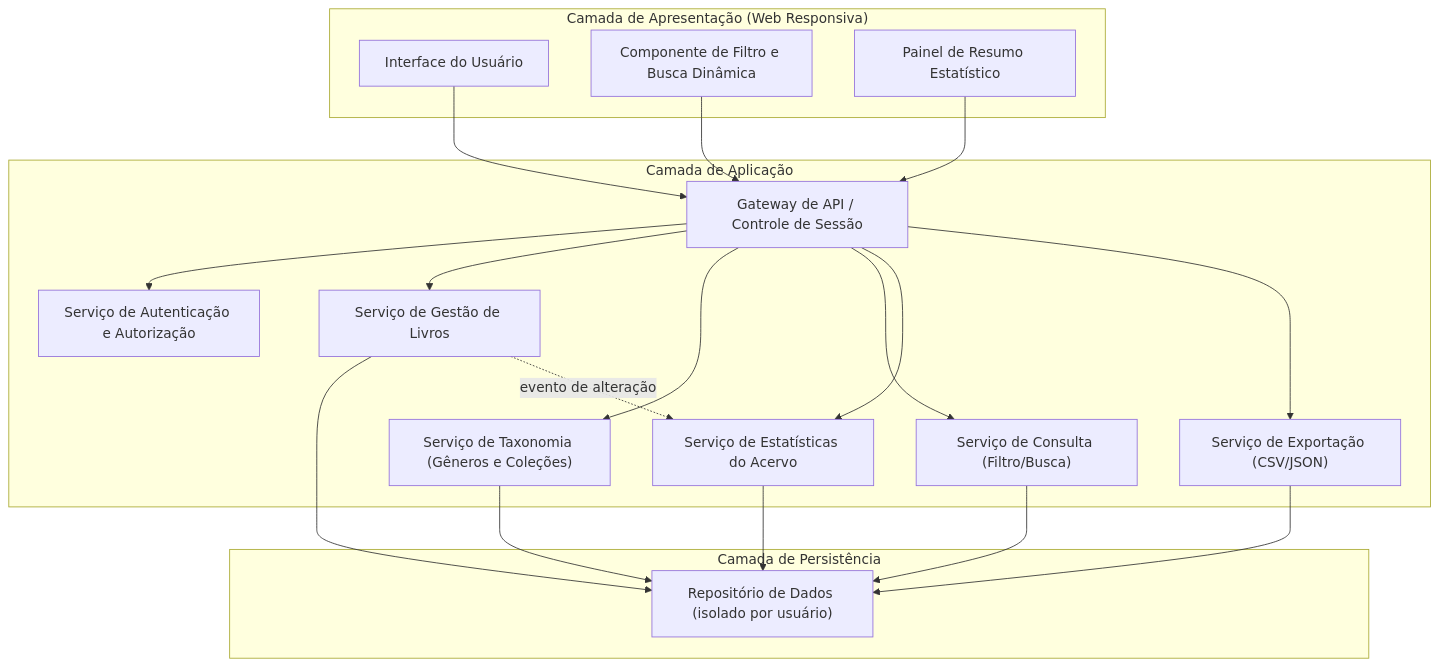
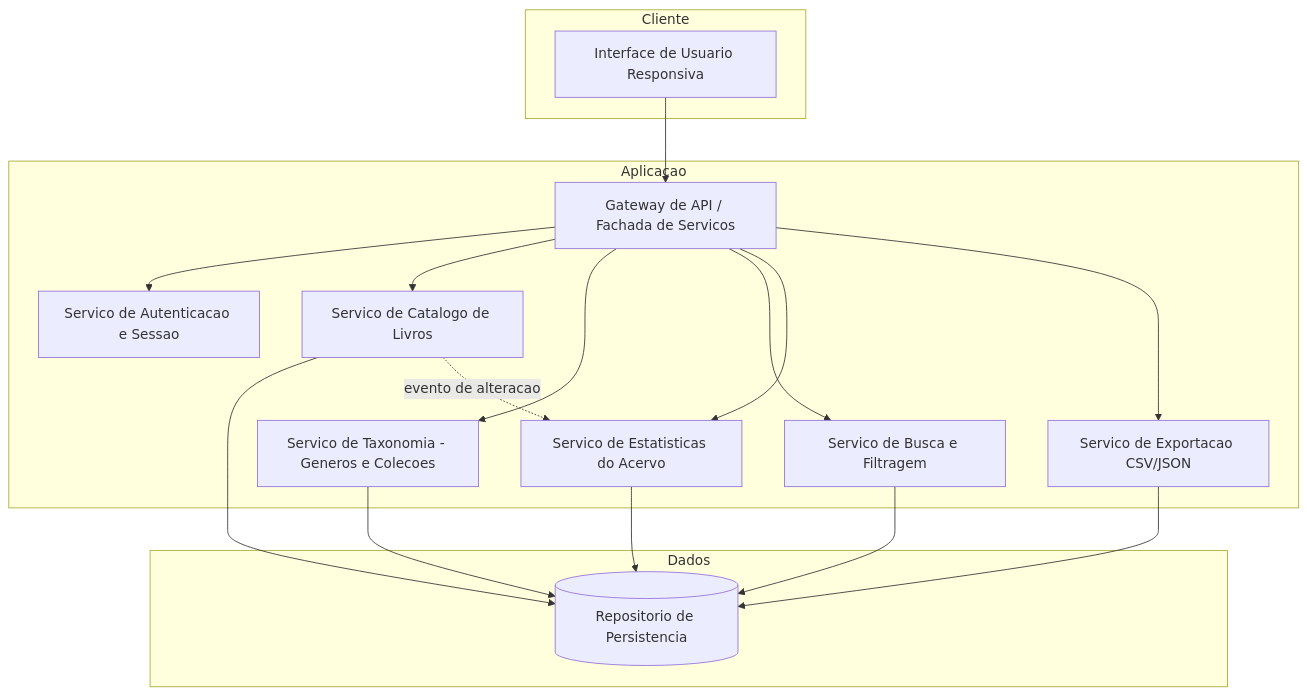
The first of 3 diagrams in docs/Time_2_Design/analise-qualitativa/outputs/relatorio_claude_fable_5_P04.md (PDC-ESIA/AI4ES), drawn with Mermaid before and after one commit. The commit also changed other lines of this file and 93 other files, not shown here.

````diff
--- a/docs/Time_2_Design/analise-qualitativa/outputs/relatorio_claude_fable_5_P04.md
+++ b/docs/Time_2_Design/analise-qualitativa/outputs/relatorio_claude_fable_5_P04.md
@@ -27,38 +27,34 @@
 ```mermaid
 flowchart TB
-    subgraph Cliente["Camada de Apresentação (Web Responsiva)"]
-        UI["Interface do Usuário"]
-        FiltroUI["Componente de Filtro e Busca Dinâmica"]
-        DashUI["Painel de Resumo Estatístico"]
+    subgraph Cliente
+        UI[Interface de Usuario Responsiva]
     end
 
-    subgraph Aplicacao["Camada de Aplicação"]
-        GW["Gateway de API / Controle de Sessão"]
-        AUTH["Serviço de Autenticação e Autorização"]
-        LIVRO["Serviço de Gestão de Livros"]
-        TAX["Serviço de Taxonomia (Gêneros e Coleções)"]
-        CONS["Serviço de Consulta (Filtro/Busca)"]
-        STAT["Serviço de Estatísticas do Acervo"]
-        EXP["Serviço de Exportação (CSV/JSON)"]
+    subgraph Aplicacao
+        GW[Gateway de API / Fachada de Servicos]
+        AUTH[Servico de Autenticacao e Sessao]
+        CAT[Servico de Catalogo de Livros]
+        TAX[Servico de Taxonomia - Generos e Colecoes]
+        BUS[Servico de Busca e Filtragem]
+        STAT[Servico de Estatisticas do Acervo]
+        EXP[Servico de Exportacao CSV/JSON]
     end
 
-    subgraph Dados["Camada de Persistência"]
-        REPO["Repositório de Dados (isolado por usuário)"]
+    subgraph Dados
+        REPO[(Repositorio de Persistencia)]
     end
 
     UI --> GW
-    FiltroUI --> GW
-    DashUI --> GW
     GW --> AUTH
-    GW --> LIVRO
+    GW --> CAT
     GW --> TAX
-    GW --> CONS
+    GW --> BUS
     GW --> STAT
     GW --> EXP
-    LIVRO --> REPO
+    CAT --> REPO
     TAX --> REPO
-    CONS --> REPO
+    BUS --> REPO
     STAT --> REPO
     EXP --> REPO
-    LIVRO -. "evento de alteração" .-> STAT
+    CAT -. evento de alteracao .-> STAT
 ```
````
